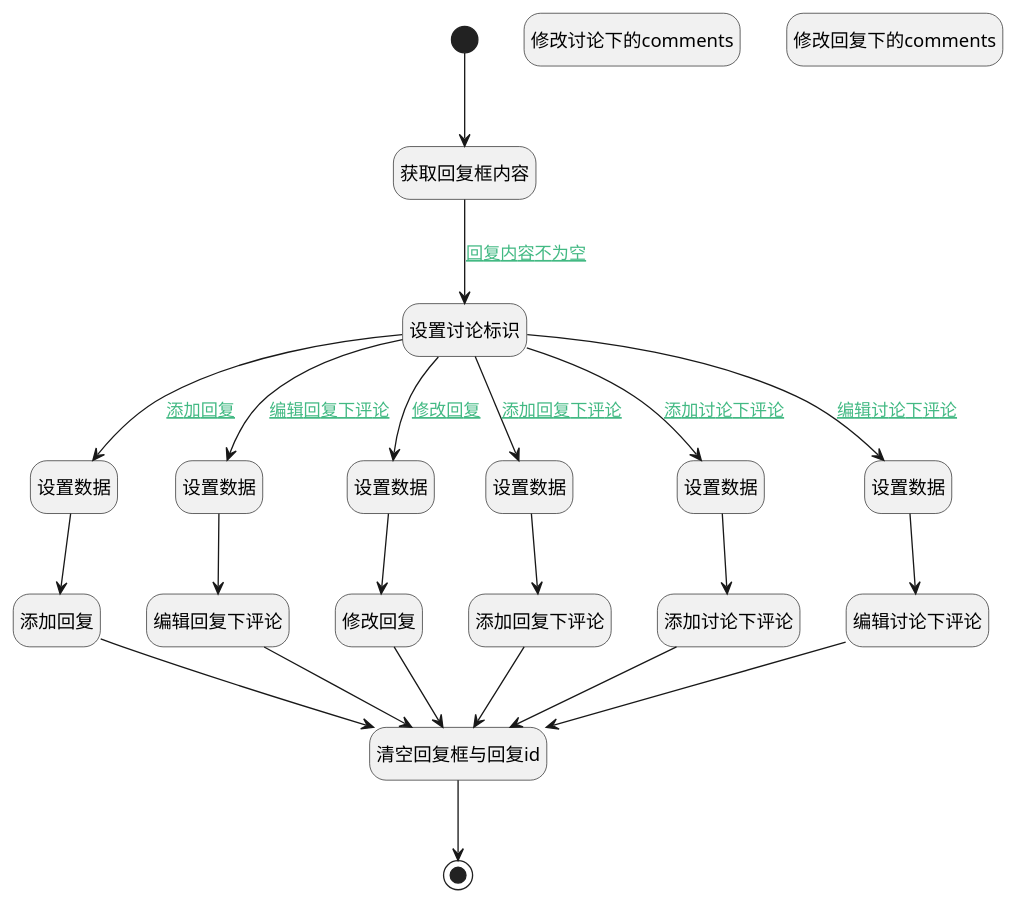
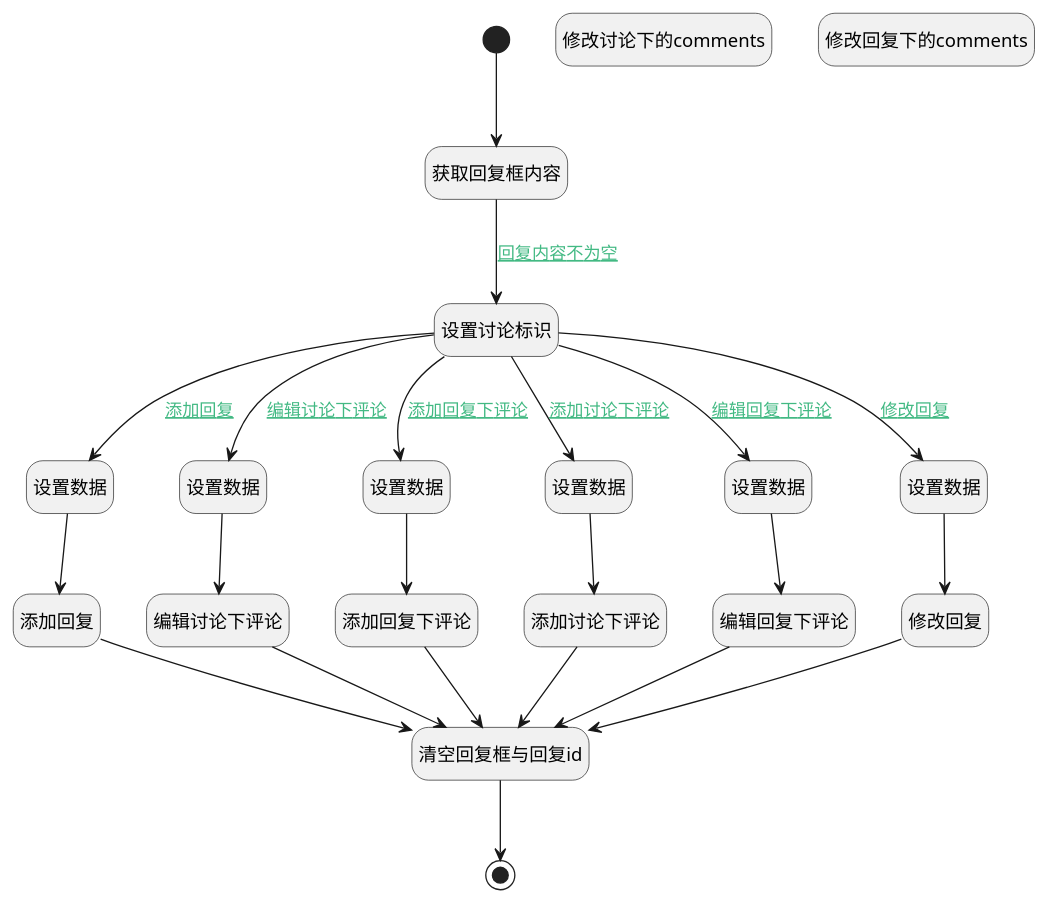
One commit to iBizLab/plm changed the diagram in doc/docsify/module/Team/discuss_post/uilogic/add_reply.md. Above: the diagram before and after it, drawn with PlantUML. The commit also changed other lines of this file and 1473 other files, not shown here.

````diff
--- a/doc/docsify/module/Team/discuss_post/uilogic/add_reply.md
+++ b/doc/docsify/module/Team/discuss_post/uilogic/add_reply.md
@@ -7,56 +7,56 @@
 ```plantuml
 @startuml
 hide footbox
 <style>
 root {
   HyperlinkColor #42b983
 }
 </style>
 
 hide empty description
 state "开始" as Begin <<start>> [[$./add_reply#begin {开始}]]
+state "添加回复" as DEACTION2  [[$./add_reply#deaction2 {添加回复}]]
+state "修改讨论下的comments" as RAWJSCODE3  [[$./add_reply#rawjscode3 {修改讨论下的comments}]]
+state "结束" as END1 <<end>> [[$./add_reply#end1 {结束}]]
+state "清空回复框与回复id" as RAWJSCODE2  [[$./add_reply#rawjscode2 {清空回复框与回复id}]]
+state "编辑讨论下评论" as DEACTION5  [[$./add_reply#deaction5 {编辑讨论下评论}]]
+state "修改回复下的comments" as RAWJSCODE4  [[$./add_reply#rawjscode4 {修改回复下的comments}]]
+state "设置数据" as PREPAREJSPARAM4  [[$./add_reply#preparejsparam4 {设置数据}]]
+state "设置数据" as PREPAREJSPARAM6  [[$./add_reply#preparejsparam6 {设置数据}]]
+state "设置数据" as PREPAREJSPARAM7  [[$./add_reply#preparejsparam7 {设置数据}]]
+state "编辑回复下评论" as DEACTION7  [[$./add_reply#deaction7 {编辑回复下评论}]]
+state "设置数据" as PREPAREJSPARAM5  [[$./add_reply#preparejsparam5 {设置数据}]]
+state "获取回复框内容" as RAWJSCODE1  [[$./add_reply#rawjscode1 {获取回复框内容}]]
+state "设置讨论标识" as PREPAREJSPARAM1  [[$./add_reply#preparejsparam1 {设置讨论标识}]]
+state "设置数据" as PREPAREJSPARAM8  [[$./add_reply#preparejsparam8 {设置数据}]]
+state "添加回复下评论" as DEACTION6  [[$./add_reply#deaction6 {添加回复下评论}]]
 state "添加讨论下评论" as DEACTION4  [[$./add_reply#deaction4 {添加讨论下评论}]]
-state "结束" as END1 <<end>> [[$./add_reply#end1 {结束}]]
-state "添加回复下评论" as DEACTION6  [[$./add_reply#deaction6 {添加回复下评论}]]
-state "编辑讨论下评论" as DEACTION5  [[$./add_reply#deaction5 {编辑讨论下评论}]]
-state "编辑回复下评论" as DEACTION7  [[$./add_reply#deaction7 {编辑回复下评论}]]
-state "设置数据" as PREPAREJSPARAM4  [[$./add_reply#preparejsparam4 {设置数据}]]
-state "设置数据" as PREPAREJSPARAM8  [[$./add_reply#preparejsparam8 {设置数据}]]
-state "修改讨论下的comments" as RAWJSCODE3  [[$./add_reply#rawjscode3 {修改讨论下的comments}]]
+state "修改回复" as DEACTION3  [[$./add_reply#deaction3 {修改回复}]]
 state "设置数据" as PREPAREJSPARAM3  [[$./add_reply#preparejsparam3 {设置数据}]]
-state "设置数据" as PREPAREJSPARAM7  [[$./add_reply#preparejsparam7 {设置数据}]]
-state "设置数据" as PREPAREJSPARAM5  [[$./add_reply#preparejsparam5 {设置数据}]]
-state "添加回复" as DEACTION2  [[$./add_reply#deaction2 {添加回复}]]
-state "设置讨论标识" as PREPAREJSPARAM1  [[$./add_reply#preparejsparam1 {设置讨论标识}]]
-state "修改回复" as DEACTION3  [[$./add_reply#deaction3 {修改回复}]]
-state "获取回复框内容" as RAWJSCODE1  [[$./add_reply#rawjscode1 {获取回复框内容}]]
-state "设置数据" as PREPAREJSPARAM6  [[$./add_reply#preparejsparam6 {设置数据}]]
-state "清空回复框与回复id" as RAWJSCODE2  [[$./add_reply#rawjscode2 {清空回复框与回复id}]]
-state "修改回复下的comments" as RAWJSCODE4  [[$./add_reply#rawjscode4 {修改回复下的comments}]]
 
 
 Begin --> RAWJSCODE1
 RAWJSCODE1 --> PREPAREJSPARAM1 : [[$./add_reply#rawjscode1-preparejsparam1{回复内容不为空} 回复内容不为空]]
 PREPAREJSPARAM1 --> PREPAREJSPARAM4 : [[$./add_reply#preparejsparam1-preparejsparam4{添加回复} 添加回复]]
 PREPAREJSPARAM4 --> DEACTION2
 DEACTION2 --> RAWJSCODE2
 RAWJSCODE2 --> END1
 PREPAREJSPARAM1 --> PREPAREJSPARAM3 : [[$./add_reply#preparejsparam1-preparejsparam3{修改回复} 修改回复]]
 PREPAREJSPARAM3 --> DEACTION3
 DEACTION3 --> RAWJSCODE2
 PREPAREJSPARAM1 --> PREPAREJSPARAM5 : [[$./add_reply#preparejsparam1-preparejsparam5{添加讨论下评论} 添加讨论下评论]]
 PREPAREJSPARAM5 --> DEACTION4
 DEACTION4 --> RAWJSCODE2
 PREPAREJSPARAM1 --> PREPAREJSPARAM6 : [[$./add_reply#preparejsparam1-preparejsparam6{编辑讨论下评论} 编辑讨论下评论]]
 PREPAREJSPARAM6 --> DEACTION5
 DEACTION5 --> RAWJSCODE2
 PREPAREJSPARAM1 --> PREPAREJSPARAM7 : [[$./add_reply#preparejsparam1-preparejsparam7{添加回复下评论} 添加回复下评论]]
 PREPAREJSPARAM7 --> DEACTION6
 DEACTION6 --> RAWJSCODE2
 PREPAREJSPARAM1 --> PREPAREJSPARAM8 : [[$./add_reply#preparejsparam1-preparejsparam8{编辑回复下评论} 编辑回复下评论]]
 PREPAREJSPARAM8 --> DEACTION7
 DEACTION7 --> RAWJSCODE2
 
 
 @enduml
 ```
````
